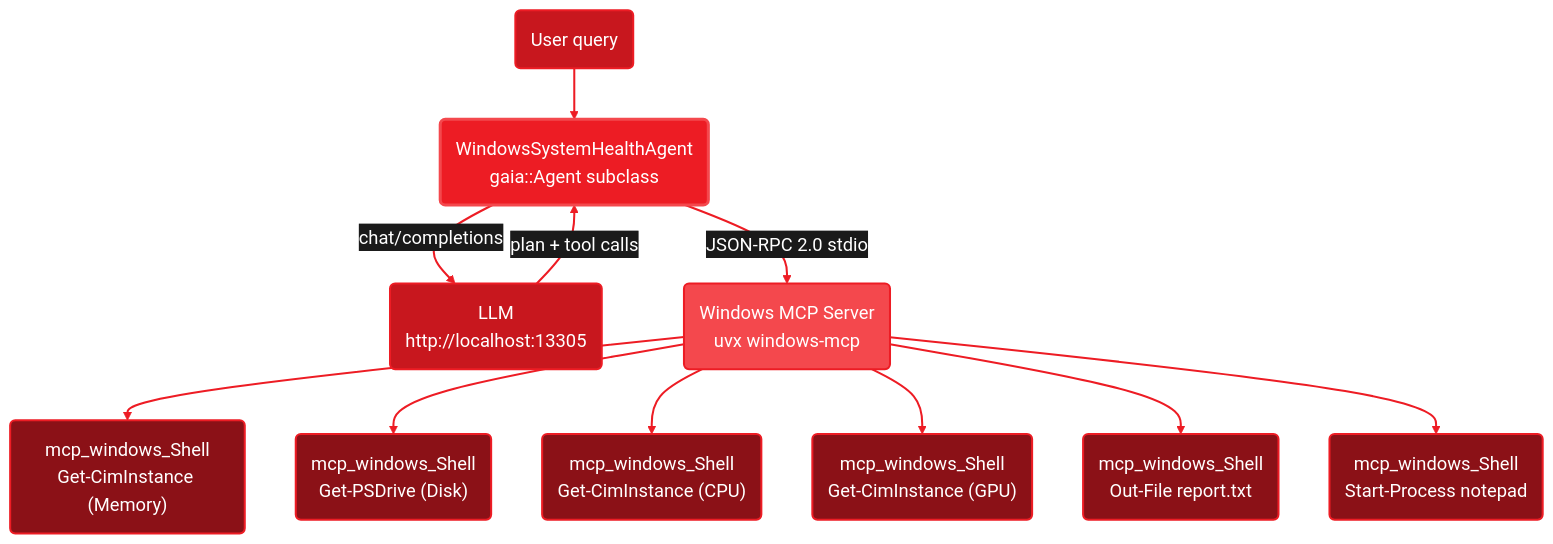
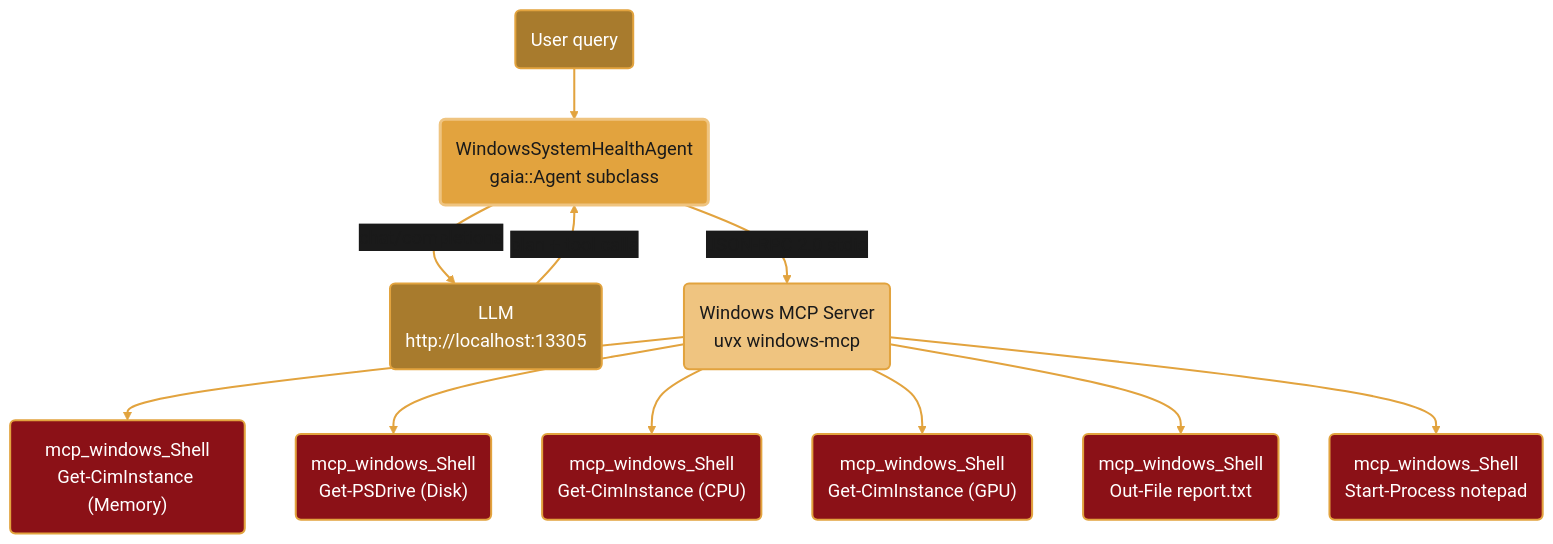
Before and after one commit to amd/gaia: the third of 3 diagrams in docs/cpp/overview.mdx, drawn with Mermaid. The commit also changed other lines of this file and 37 other files, not shown here.

````diff
--- a/docs/cpp/overview.mdx
+++ b/docs/cpp/overview.mdx
@@ -98,33 +98,33 @@
 ```mermaid
-%%{init: {'theme':'base', 'themeVariables': { 'primaryColor':'#ED1C24', 'fontSize':'18px', 'lineColor':'#ED1C24', 'primaryTextColor':'#fff', 'edgeLabelBackground':'#1a1a1a'}, 'flowchart': {'curve': 'basis'}}}%%
+%%{init: {'theme':'base', 'themeVariables': { 'primaryColor':'#E2A33E', 'fontSize':'18px', 'lineColor':'#E2A33E', 'primaryTextColor':'#1a1a1a', 'edgeLabelBackground':'#1a1a1a'}, 'flowchart': {'curve': 'basis'}}}%%
 graph TB
     User("User query")
     Agent("WindowsSystemHealthAgent<br/>gaia::Agent subclass")
     LLM("LLM<br/>http://localhost:13305")
     MCP("Windows MCP Server<br/>uvx windows-mcp")
 
     User --> Agent
     Agent -->|"chat/completions"| LLM
     LLM -->|"plan + tool calls"| Agent
     Agent -->|"JSON-RPC 2.0 stdio"| MCP
 
     MCP --> Shell1("mcp_windows_Shell<br/>Get-CimInstance (Memory)")
     MCP --> Shell2("mcp_windows_Shell<br/>Get-PSDrive (Disk)")
     MCP --> Shell3("mcp_windows_Shell<br/>Get-CimInstance (CPU)")
     MCP --> Shell4("mcp_windows_Shell<br/>Get-CimInstance (GPU)")
     MCP --> FileWrite("mcp_windows_Shell<br/>Out-File report.txt")
     MCP --> Notepad("mcp_windows_Shell<br/>Start-Process notepad")
 
-    style User fill:#C8171E,stroke:#ED1C24,stroke-width:2px,color:#fff
-    style Agent fill:#ED1C24,stroke:#F4484D,stroke-width:3px,color:#fff
-    style LLM fill:#C8171E,stroke:#ED1C24,stroke-width:2px,color:#fff
-    style MCP fill:#F4484D,stroke:#ED1C24,stroke-width:2px,color:#fff
-    style Shell1 fill:#8B1117,stroke:#ED1C24,stroke-width:2px,color:#fff
-    style Shell2 fill:#8B1117,stroke:#ED1C24,stroke-width:2px,color:#fff
-    style Shell3 fill:#8B1117,stroke:#ED1C24,stroke-width:2px,color:#fff
-    style Shell4 fill:#8B1117,stroke:#ED1C24,stroke-width:2px,color:#fff
-    style FileWrite fill:#8B1117,stroke:#ED1C24,stroke-width:2px,color:#fff
-    style Notepad fill:#8B1117,stroke:#ED1C24,stroke-width:2px,color:#fff
+    style User fill:#A87B2D,stroke:#E2A33E,stroke-width:2px,color:#fff
+    style Agent fill:#E2A33E,stroke:#EFC480,stroke-width:3px,color:#1a1a1a
+    style LLM fill:#A87B2D,stroke:#E2A33E,stroke-width:2px,color:#fff
+    style MCP fill:#EFC480,stroke:#E2A33E,stroke-width:2px,color:#1a1a1a
+    style Shell1 fill:#8B1117,stroke:#E2A33E,stroke-width:2px,color:#fff
+    style Shell2 fill:#8B1117,stroke:#E2A33E,stroke-width:2px,color:#fff
+    style Shell3 fill:#8B1117,stroke:#E2A33E,stroke-width:2px,color:#fff
+    style Shell4 fill:#8B1117,stroke:#E2A33E,stroke-width:2px,color:#fff
+    style FileWrite fill:#8B1117,stroke:#E2A33E,stroke-width:2px,color:#fff
+    style Notepad fill:#8B1117,stroke:#E2A33E,stroke-width:2px,color:#fff
 
-    linkStyle default stroke:#ED1C24,stroke-width:2px
+    linkStyle default stroke:#E2A33E,stroke-width:2px
 ```
````
